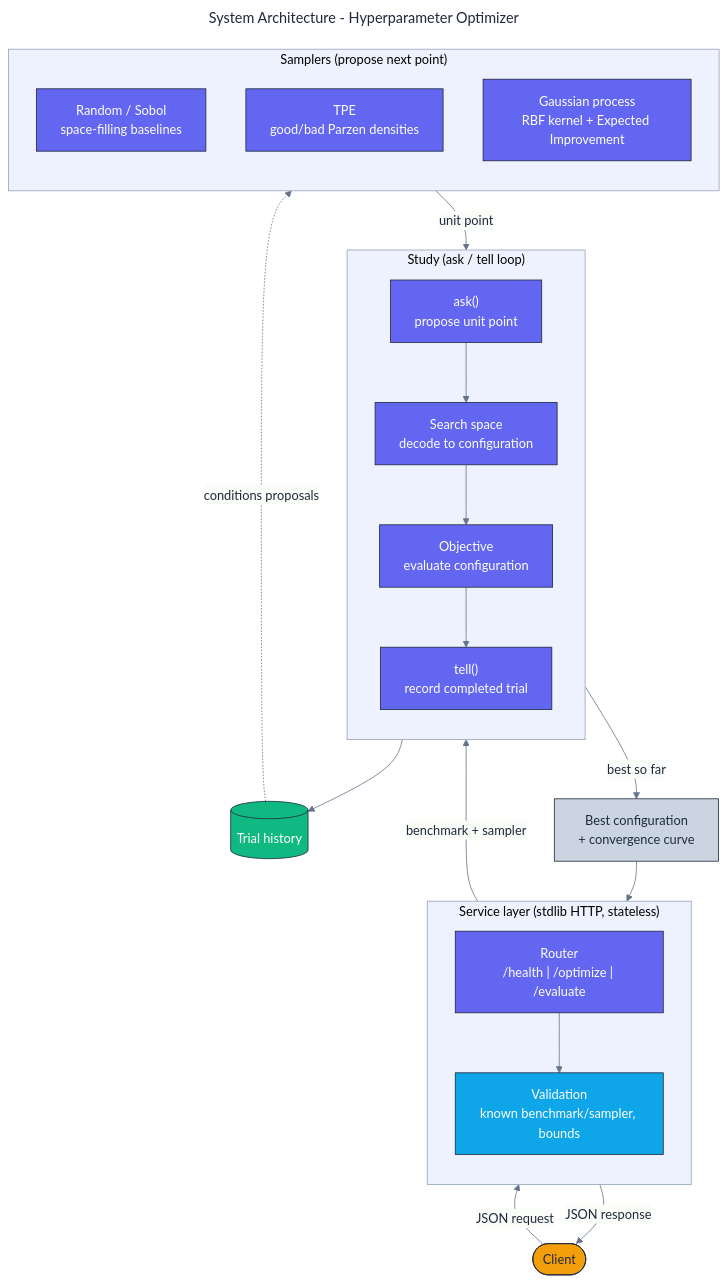
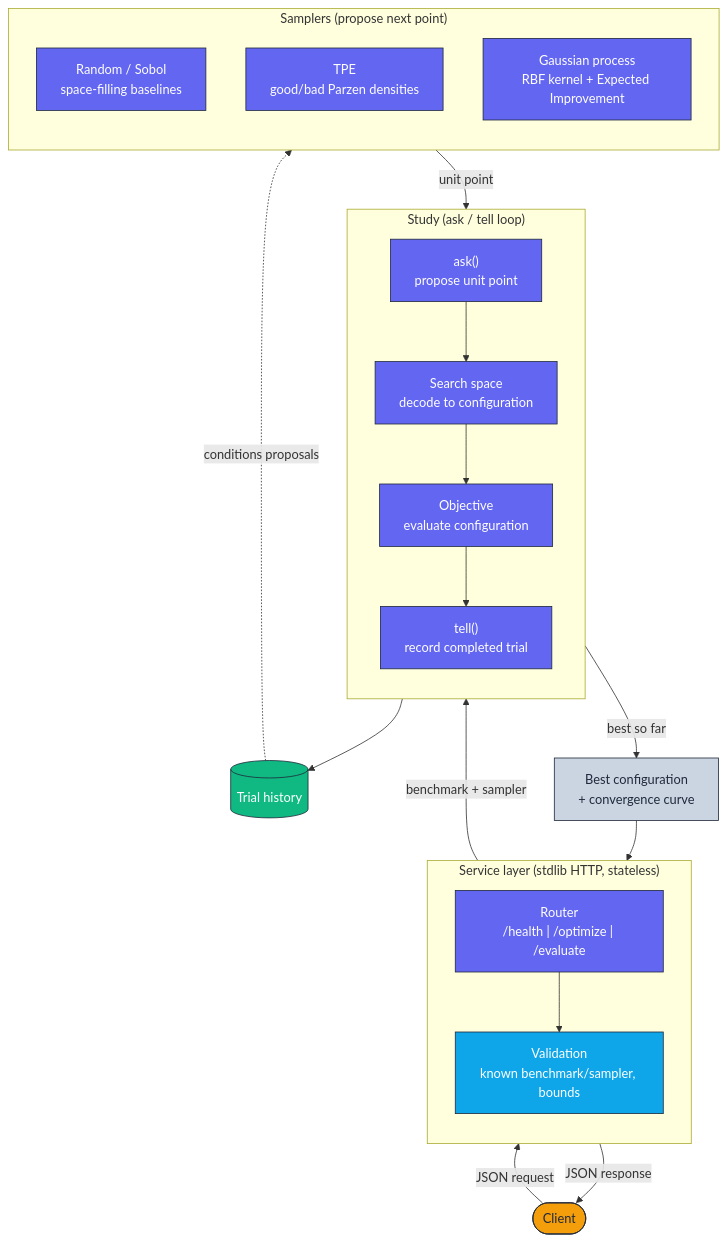
Before and after one commit to adeoluo/hyperparameter-optimizer: the diagram in docs/architecture/architecture.mmd, drawn with Mermaid. The commit also changed 11 other files, not shown here.

```diff
--- a/docs/architecture/architecture.mmd
+++ b/docs/architecture/architecture.mmd
@@ -1,54 +1,41 @@
----
-title: System Architecture - Hyperparameter Optimizer
-config:
-  theme: base
-  themeVariables:
-    fontFamily: "Inter, system-ui, sans-serif"
-    primaryColor: "#F8FAFC"
-    primaryBorderColor: "#1E293B"
-    primaryTextColor: "#1E293B"
-    lineColor: "#64748B"
-    clusterBkg: "#EEF2FF"
-    clusterBorder: "#94A3B8"
----
-flowchart TB
+flowchart TD
     classDef edge     fill:#F59E0B,stroke:#1E293B,color:#1E293B,stroke-width:1px;
     classDef core     fill:#6366F1,stroke:#1E293B,color:#ffffff,stroke-width:1px;
     classDef data     fill:#10B981,stroke:#1E293B,color:#ffffff,stroke-width:1px;
     classDef control  fill:#0EA5E9,stroke:#1E293B,color:#ffffff,stroke-width:1px;
     classDef obs      fill:#CBD5E1,stroke:#1E293B,color:#1E293B,stroke-width:1px;
 
     Client([Client]):::edge
 
     subgraph Edge["Service layer (stdlib HTTP, stateless)"]
         direction TB
         Router["Router<br/>/health | /optimize | /evaluate"]:::core
         Validate["Validation<br/>known benchmark/sampler, bounds"]:::control
     end
 
     subgraph Loop["Study (ask / tell loop)"]
         direction TB
         Ask["ask()<br/>propose unit point"]:::core
         Decode["Search space<br/>decode to configuration"]:::core
         Eval["Objective<br/>evaluate configuration"]:::core
         Tell["tell()<br/>record completed trial"]:::core
     end
 
     subgraph Samplers["Samplers (propose next point)"]
         direction TB
         Random["Random / Sobol<br/>space-filling baselines"]:::core
         TPE["TPE<br/>good/bad Parzen densities"]:::core
         GP["Gaussian process<br/>RBF kernel + Expected Improvement"]:::core
     end
 
     History[(Trial history)]:::data
     Result["Best configuration<br/>+ convergence curve"]:::obs
 
     Client -->|JSON request| Router --> Validate
     Validate -->|benchmark + sampler| Ask
     Ask --> Decode --> Eval --> Tell
     Tell --> History
     History -.->|conditions proposals| Samplers
     Samplers -->|unit point| Ask
     Tell -->|best so far| Result
     Result --> Router -->|JSON response| Client
```
